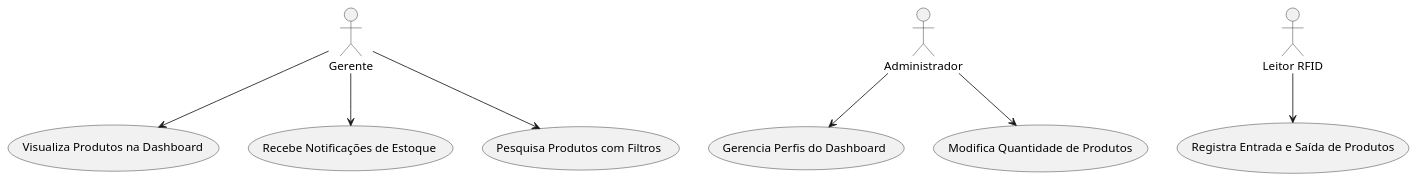
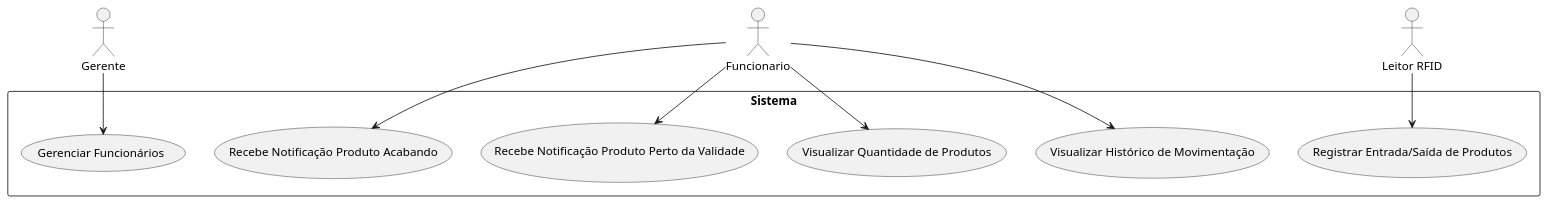
The diagram in UMLs/Casos de Uso/Caso de Uso Simplificado/casos de uso simplificado.puml (Harthuz/TCC-RFID), drawn with PlantUML before and after one commit. The commit also changed 7 other files, not shown here.

Commit message:
docs: atualizar casos de uso

```diff
--- a/UMLs/Casos de Uso/Caso de Uso Simplificado/casos de uso simplificado.puml
+++ b/UMLs/Casos de Uso/Caso de Uso Simplificado/casos de uso simplificado.puml
@@ -1,25 +1,23 @@
 @startuml
-' ==== Atores ====
-actor "Gerente" as Gerente
-actor "Administrador" as Admin
+
+actor Gerente
+actor Funcionario
 actor "Leitor RFID" as RFID
 
-' ==== Casos de Uso ====
-usecase "Visualiza Produtos na Dashboard" as VisualizarProdutos
-usecase "Recebe Notificações de Estoque" as NotificacoesEstoque
-usecase "Pesquisa Produtos com Filtros" as PesquisarProdutos
-usecase "Gerencia Perfis do Dashboard" as GerenciarPerfis
-usecase "Modifica Quantidade de Produtos" as ModificarQuantidade
-usecase "Registra Entrada e Saída de Produtos" as RegistrarEntradaSaida
+rectangle Sistema {
+    usecase "Gerenciar Funcionários" as UC1
+    usecase "Visualizar Quantidade de Produtos" as UC2
+    usecase "Recebe Notificação Produto Perto da Validade" as UC3
+    usecase "Recebe Notificação Produto Acabando" as UC4
+    usecase "Visualizar Histórico de Movimentação" as UC5
+    usecase "Registrar Entrada/Saída de Produtos" as UC6
+}
 
-' ==== Relações ====
-Gerente --> VisualizarProdutos
-Gerente --> NotificacoesEstoque
-Gerente --> PesquisarProdutos
-
-Admin --> GerenciarPerfis
-Admin --> ModificarQuantidade
-
-RFID --> RegistrarEntradaSaida
+Gerente --> UC1
+Funcionario --> UC2
+Funcionario --> UC3
+Funcionario --> UC4
+Funcionario --> UC5
+RFID --> UC6
 
 @enduml
```
